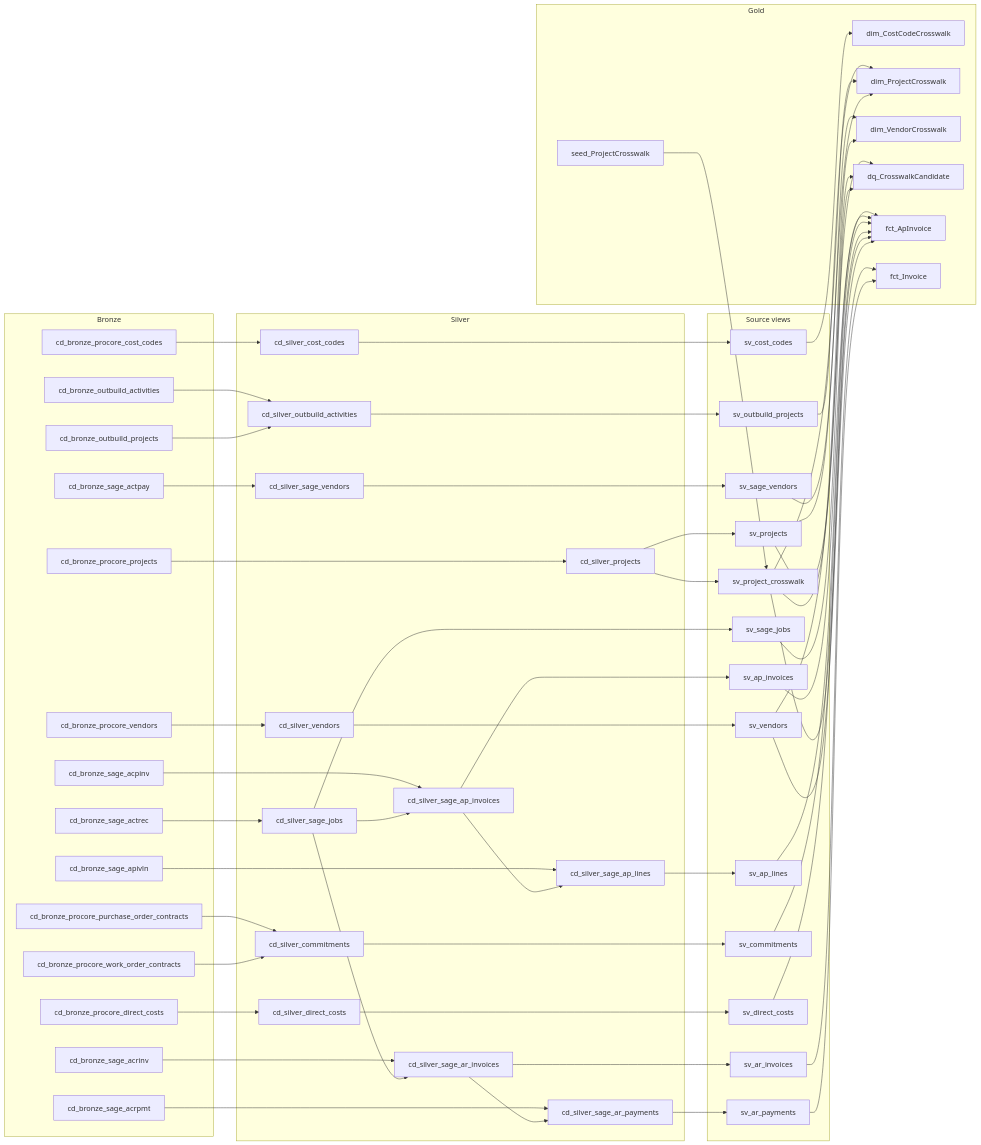
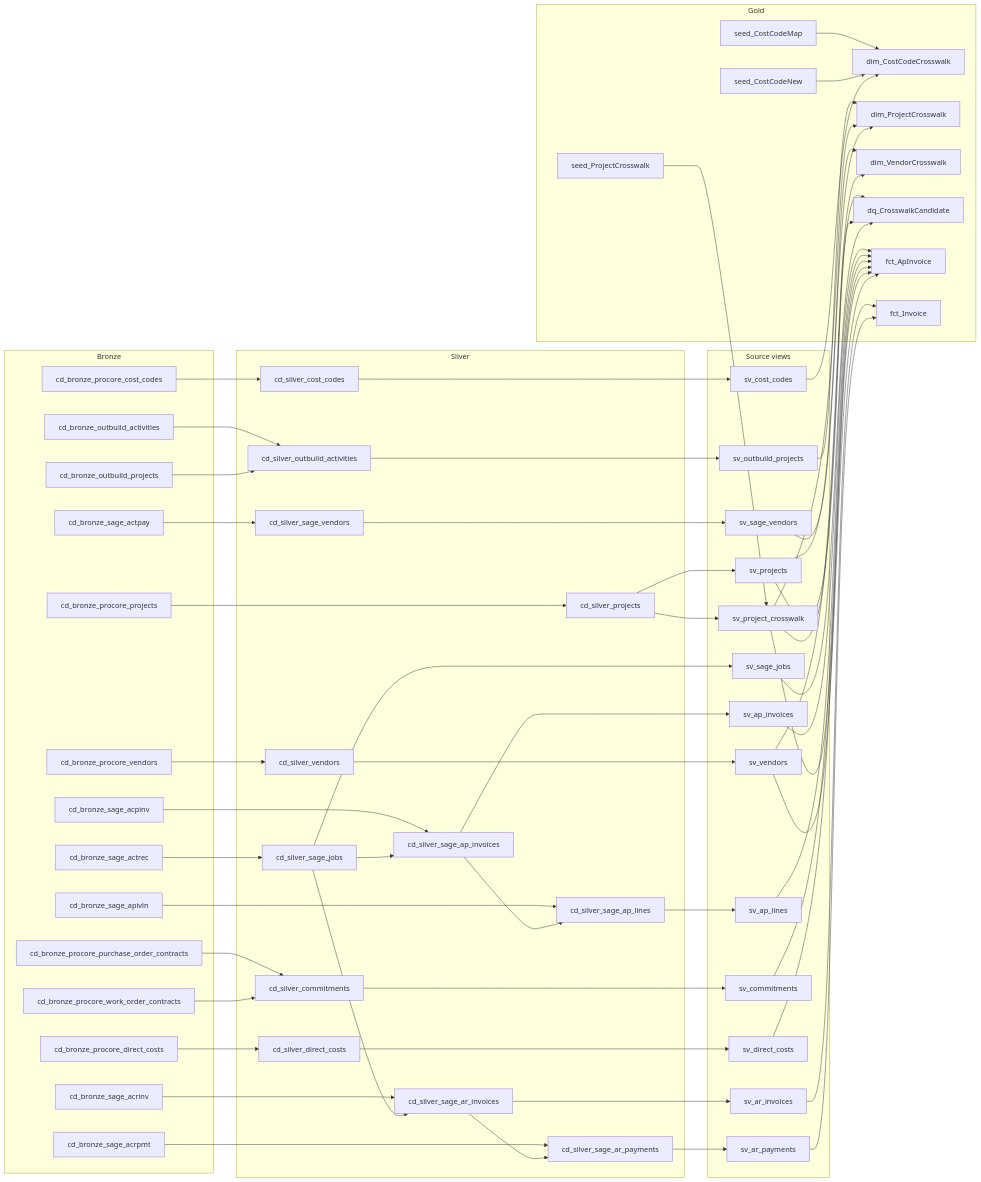
The second of 5 diagrams in foundation/charley-dev/_docs/data-dictionary.md (charley-forey/Affect-Build-Flows), drawn with Mermaid before and after one commit. The commit also changed other lines of this file and 19 other files, not shown here.

First line of the commit message:
Map old Sage cost codes to the new scheme in the cost-code crosswalk

```diff
--- a/foundation/charley-dev/_docs/data-dictionary.md
+++ b/foundation/charley-dev/_docs/data-dictionary.md
@@ -399,6 +399,8 @@
     dq_CrosswalkCandidate
     fct_ApInvoice
     fct_Invoice
+    seed_CostCodeMap
+    seed_CostCodeNew
     seed_ProjectCrosswalk
   end
   cd_bronze_outbuild_activities --> cd_silver_outbuild_activities
@@ -432,6 +434,8 @@
   cd_silver_sage_jobs --> sv_sage_jobs
   cd_silver_sage_vendors --> sv_sage_vendors
   cd_silver_vendors --> sv_vendors
+  seed_CostCodeMap --> dim_CostCodeCrosswalk
+  seed_CostCodeNew --> dim_CostCodeCrosswalk
   seed_ProjectCrosswalk --> sv_project_crosswalk
   sv_ap_invoices --> fct_ApInvoice
   sv_ap_lines --> fct_ApInvoice
```
